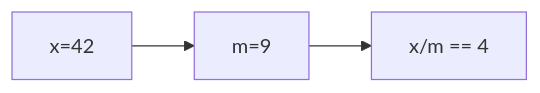
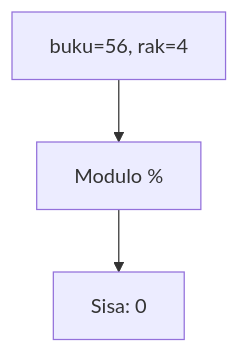
One commit to amnahwaida/OSNK_INF_PREP changed diagram 14 of 25 in part-c-pemahaman-cpp/01-tipe-data/latihan/set-03.md. Above: the diagram before and after it, drawn with Mermaid. The commit also changed other lines of this file and 71 other files, not shown here.

````diff
--- a/part-c-pemahaman-cpp/01-tipe-data/latihan/set-03.md
+++ b/part-c-pemahaman-cpp/01-tipe-data/latihan/set-03.md
@@ -404,5 +392,5 @@
 ```mermaid
-graph LR
-A["x=42"] --> B["m=9"]
-B --> C["x/m == 4"]
+graph TD
+A["buku=56, rak=4"] --> B["Modulo %"]
+B --> C["Sisa: 0"]
 ```
````
